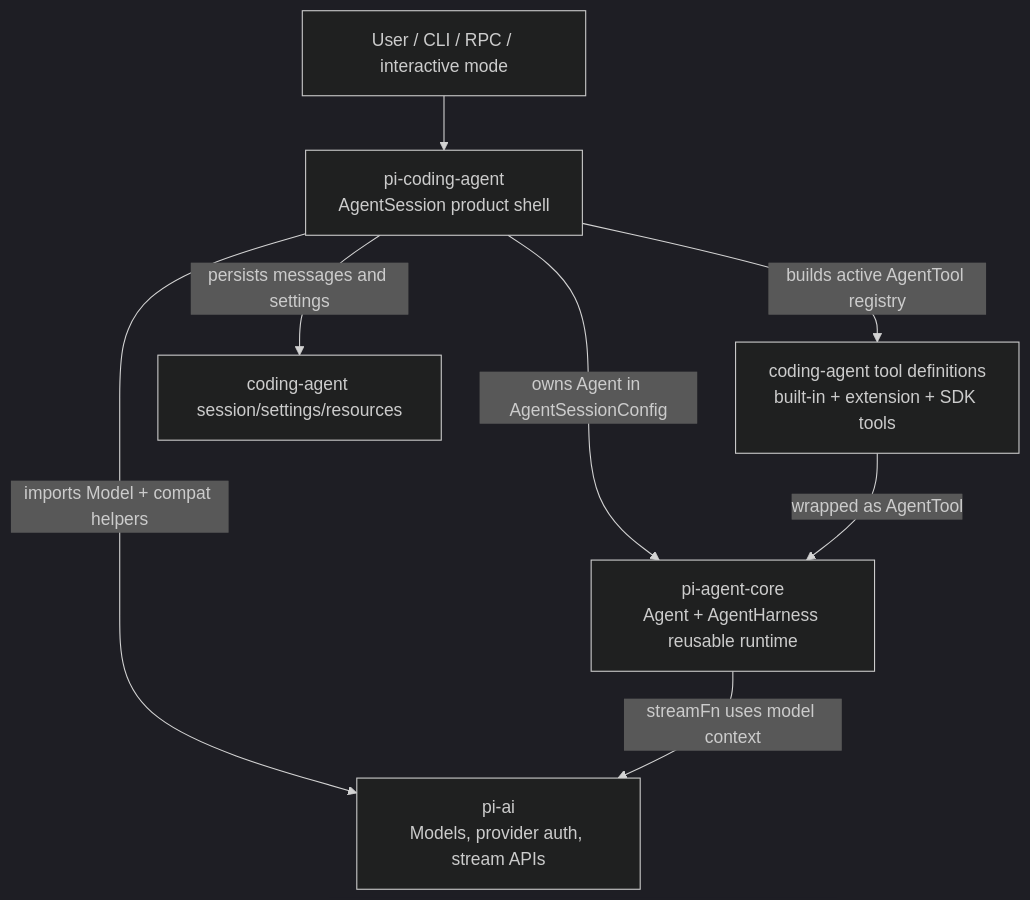
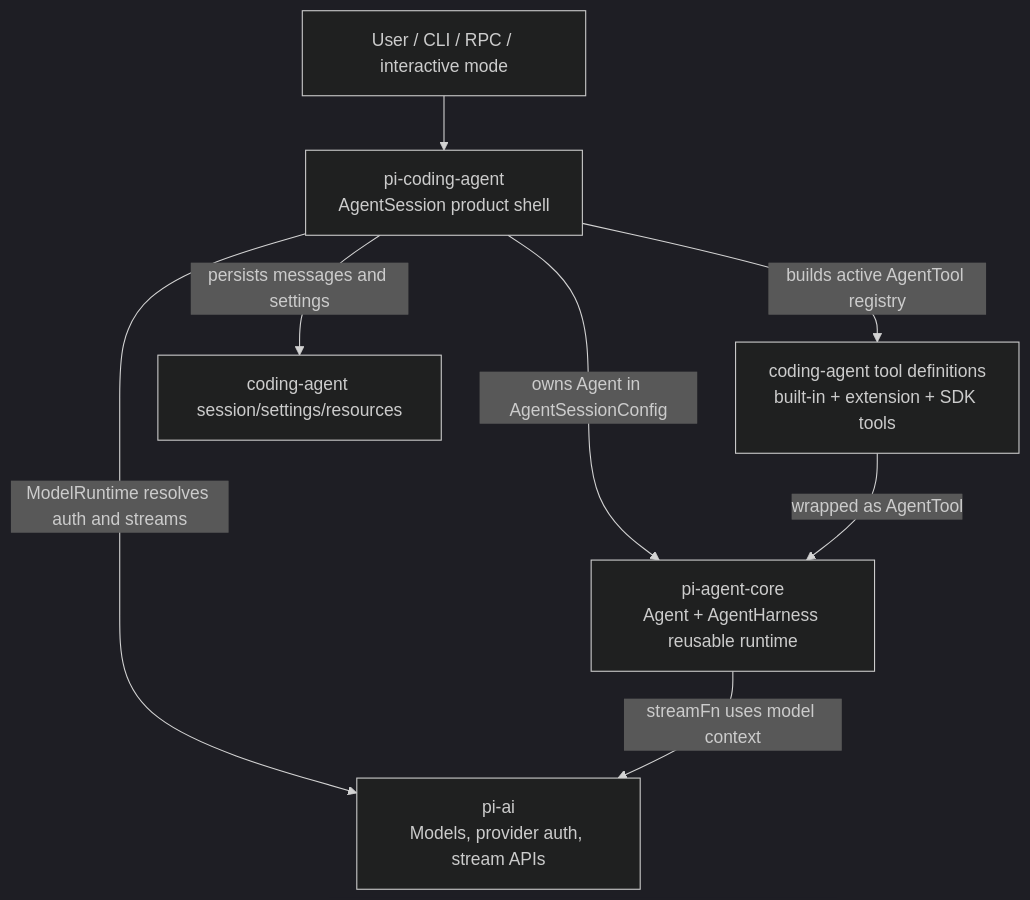
One commit to wdnmdtonyma/SOTA-Agent-LLM-Wiki changed the diagram in docs/llm-wiki/pi/spine/layered-architecture.md. Above: the diagram before and after it, drawn with Mermaid (dark theme). The commit also changed other lines of this file and 245 other files, not shown here.

````diff
--- a/docs/llm-wiki/pi/spine/layered-architecture.md
+++ b/docs/llm-wiki/pi/spine/layered-architecture.md
@@ -17,17 +19,17 @@
 ```mermaid
 flowchart TD
   User["User / CLI / RPC / interactive mode"]
   Coding["pi-coding-agent<br/>AgentSession product shell"]
   Core["pi-agent-core<br/>Agent + AgentHarness reusable runtime"]
   AI["pi-ai<br/>Models, provider auth, stream APIs"]
   Tools["coding-agent tool definitions<br/>built-in + extension + SDK tools"]
   Sessions["coding-agent session/settings/resources"]
 
   User --> Coding
   Coding -->|owns Agent in AgentSessionConfig| Core
-  Coding -->|imports Model + compat helpers| AI
+  Coding -->|ModelRuntime resolves auth and streams| AI
   Coding -->|builds active AgentTool registry| Tools
   Coding -->|persists messages and settings| Sessions
   Core -->|streamFn uses model context| AI
   Tools -->|wrapped as AgentTool| Core
 ```
````
